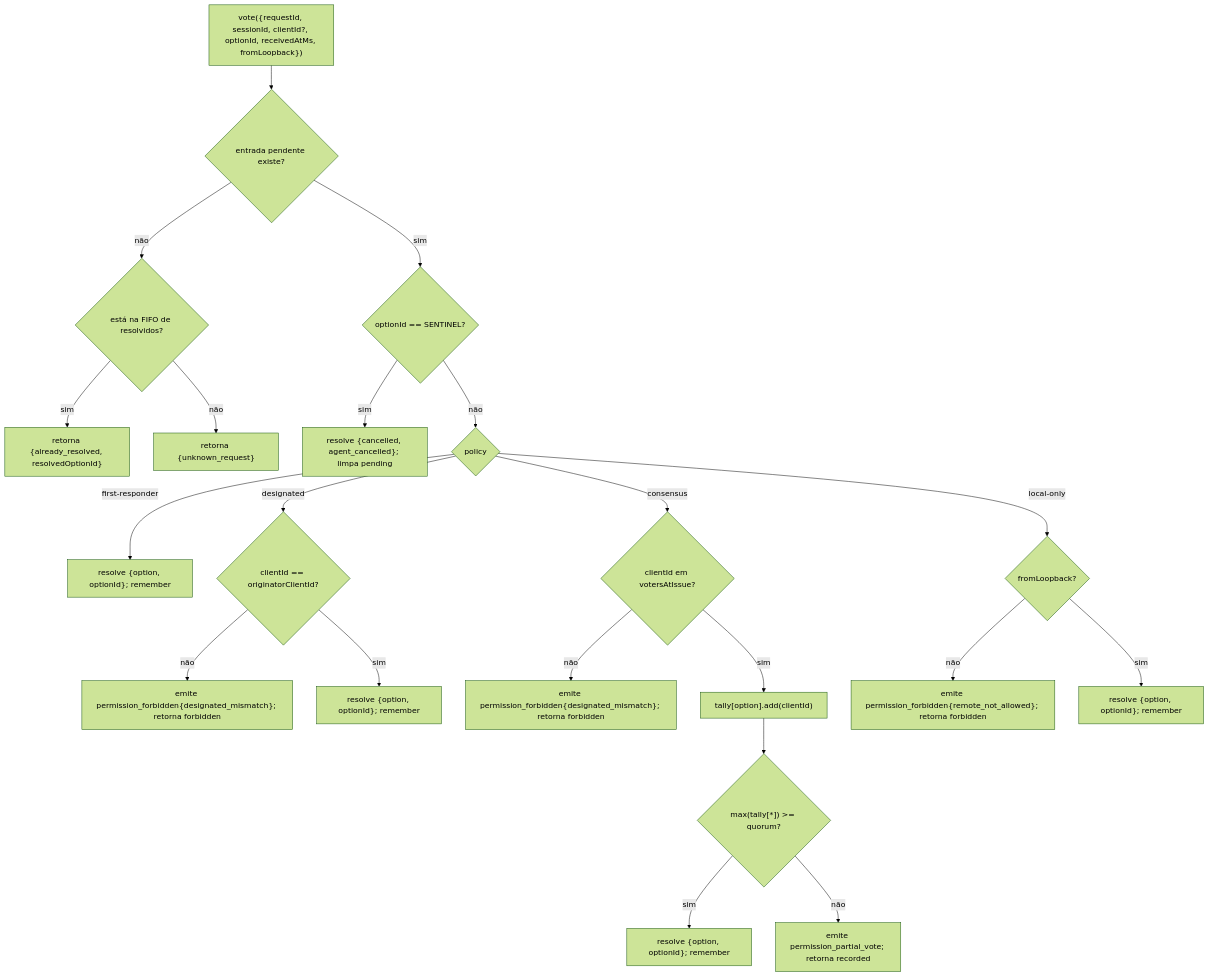
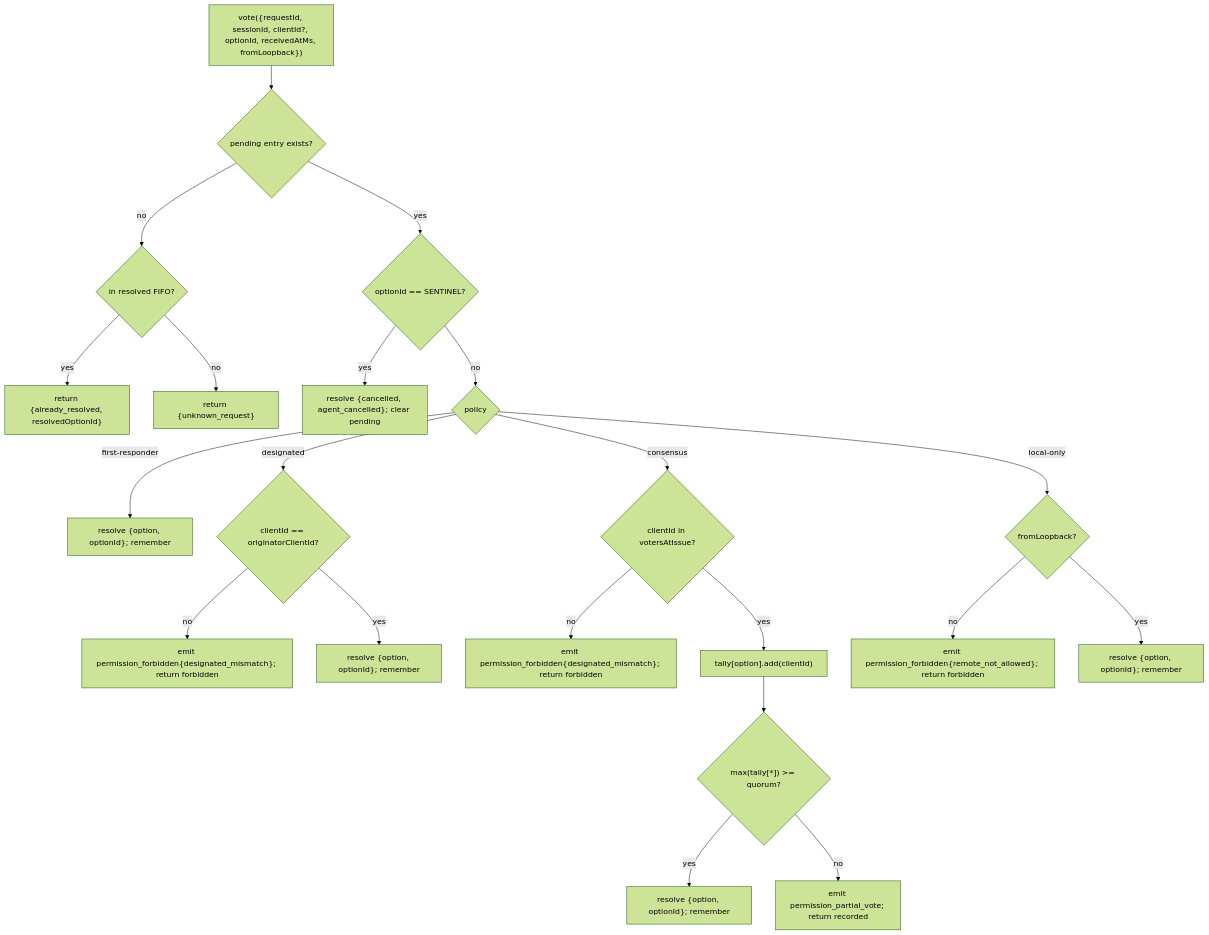
Before and after one commit to QwenLM/qwen-code-docs: the second of 2 diagrams in website/content/pt-BR/developers/daemon/04-permission-mediation.md, drawn with Mermaid (forest theme). The commit also changed other lines of this file and 162 other files, not shown here.

````diff
--- a/website/content/pt-BR/developers/daemon/04-permission-mediation.md
+++ b/website/content/pt-BR/developers/daemon/04-permission-mediation.md
@@ -121,23 +121,23 @@
 ```mermaid
 flowchart TD
-    V["vote({requestId, sessionId, clientId?, optionId, receivedAtMs, fromLoopback})"] --> E{"entrada pendente existe?"}
-    E -->|não| RD{"está na FIFO de resolvidos?"}
-    RD -->|sim| AR["retorna {already_resolved, resolvedOptionId}"]
-    RD -->|não| UR["retorna {unknown_request}"]
-    E -->|sim| SENT{"optionId == SENTINEL?"}
-    SENT -->|sim| CX["resolve {cancelled, agent_cancelled}; limpa pending"]
-    SENT -->|não| POL{"policy"}
+    V["vote({requestId, sessionId, clientId?, optionId, receivedAtMs, fromLoopback})"] --> E{"pending entry exists?"}
+    E -->|no| RD{"in resolved FIFO?"}
+    RD -->|yes| AR["return {already_resolved, resolvedOptionId}"]
+    RD -->|no| UR["return {unknown_request}"]
+    E -->|yes| SENT{"optionId == SENTINEL?"}
+    SENT -->|yes| CX["resolve {cancelled, agent_cancelled}; clear pending"]
+    SENT -->|no| POL{"policy"}
     POL -->|first-responder| FR["resolve {option, optionId}; remember"]
     POL -->|designated| DG{"clientId == originatorClientId?"}
-    DG -->|não| FOR["emite permission_forbidden{designated_mismatch}; retorna forbidden"]
-    DG -->|sim| FRR["resolve {option, optionId}; remember"]
-    POL -->|consensus| CN{"clientId em votersAtIssue?"}
-    CN -->|não| FORC["emite permission_forbidden{designated_mismatch}; retorna forbidden"]
-    CN -->|sim| TAL["tally[option].add(clientId)"]
+    DG -->|no| FOR["emit permission_forbidden{designated_mismatch}; return forbidden"]
+    DG -->|yes| FRR["resolve {option, optionId}; remember"]
+    POL -->|consensus| CN{"clientId in votersAtIssue?"}
+    CN -->|no| FORC["emit permission_forbidden{designated_mismatch}; return forbidden"]
+    CN -->|yes| TAL["tally[option].add(clientId)"]
     TAL --> Q{"max(tally[*]) >= quorum?"}
-    Q -->|sim| RES["resolve {option, optionId}; remember"]
-    Q -->|não| PV["emite permission_partial_vote; retorna recorded"]
+    Q -->|yes| RES["resolve {option, optionId}; remember"]
+    Q -->|no| PV["emit permission_partial_vote; return recorded"]
     POL -->|local-only| LO{"fromLoopback?"}
-    LO -->|não| FORL["emite permission_forbidden{remote_not_allowed}; retorna forbidden"]
-    LO -->|sim| RESL["resolve {option, optionId}; remember"]
+    LO -->|no| FORL["emit permission_forbidden{remote_not_allowed}; return forbidden"]
+    LO -->|yes| RESL["resolve {option, optionId}; remember"]
 ```
````
